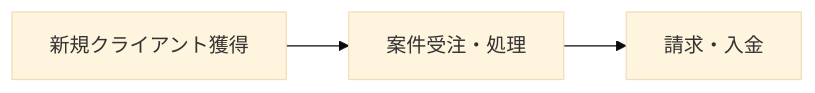
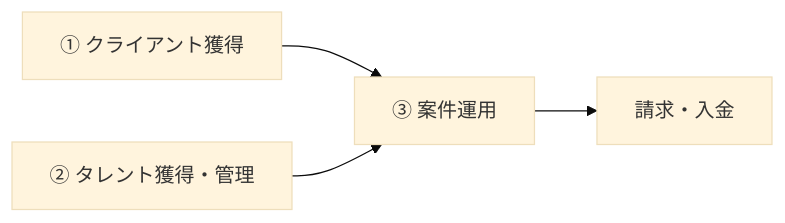
The first of 4 diagrams in README.md (SaAsuka/aemi), drawn with Mermaid (base theme) before and after one commit. The commit also changed other lines of this file, not shown here.

````diff
--- a/README.md
+++ b/README.md
@@ -5,5 +7,6 @@
 ```mermaid
 graph LR
-    A[新規クライアント獲得] --> B[案件受注・処理]
-    B --> C[請求・入金]
+    A[① クライアント獲得] --> C[③ 案件運用]
+    B[② タレント獲得・管理] --> C
+    C --> D[請求・入金]
 ```
````
